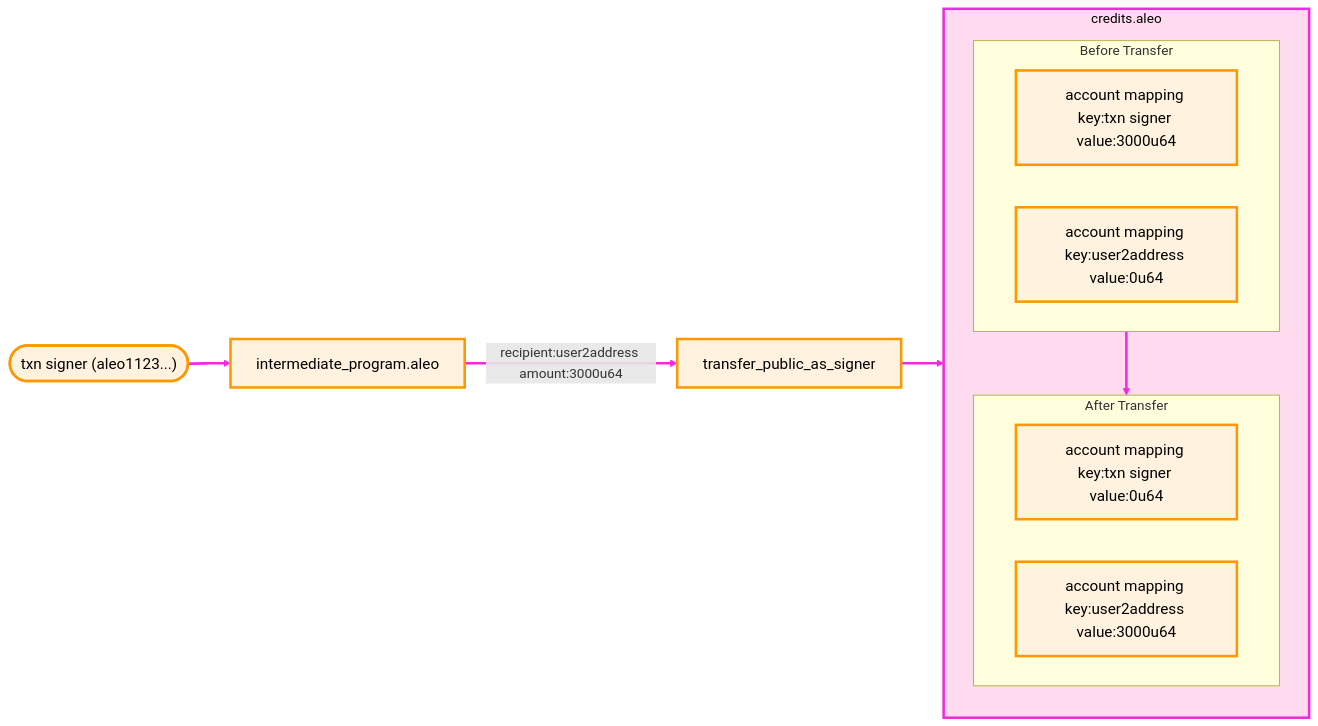
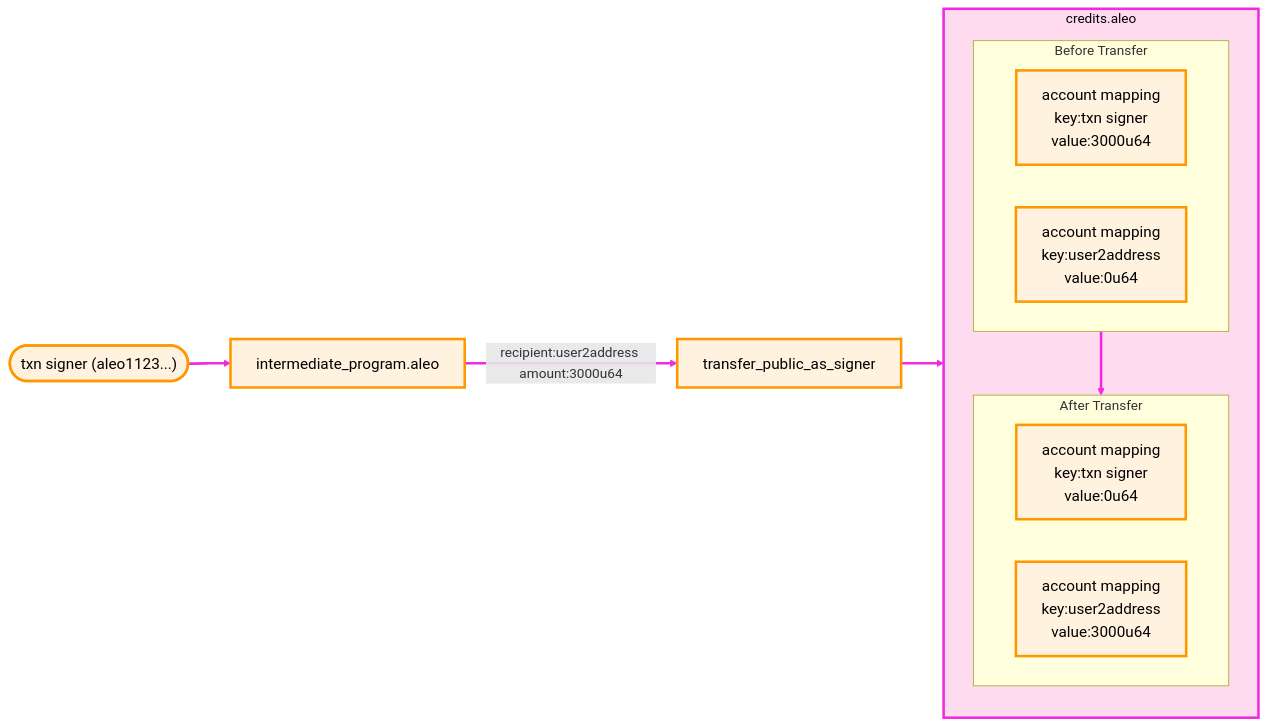
One commit to AleoNet/welcome changed the sixth of 6 diagrams in documentation/concepts/fundamentals/08_transfers.md. Above: the diagram before and after it, drawn with Mermaid. The commit also changed other lines of this file, not shown here.

Commit message:
diagram visual fix

````diff
--- a/documentation/concepts/fundamentals/08_transfers.md
+++ b/documentation/concepts/fundamentals/08_transfers.md
@@ -237,21 +237,21 @@
 ```mermaid
 graph LR
     user1(["txn signer (aleo1123...)"])-->intermediate[intermediate_program.aleo]
     intermediate--recipient:user2address amount:3000u64-->t1[transfer_public_as_signer]
     subgraph credits.aleo
         subgraph after["After Transfer"]
-            m1_after[account mapping key:txn signer value:0u64]
-            m2_after[account mapping key:user2address value:3000u64]
+            m1_after[account mapping<br>key:txn signer<br>value:0u64]
+            m2_after[account mapping<br>key:user2address<br>value:3000u64]
         end
         subgraph before["Before Transfer"]
-            m1_before[account mapping key:txn signer value:3000u64]
-            m2_before[account mapping key:user2address value:0u64]
+            m1_before[account mapping<br>key:txn signer<br>value:3000u64]
+            m2_before[account mapping<br>key:user2address<br>value:0u64]
         end
     end
     t1-->credits.aleo
     before-->after
 
     classDef default fill:#fff3e0,stroke:#ff9800,stroke-width:3px,color:#000,font-size:18px;
     style credits.aleo fill:#ffdbf0,stroke:#f229e0,stroke-width:3px,color:#000,font-size:16px;
     linkStyle default stroke:#f229e0,stroke-width:3px;
 ```
````
